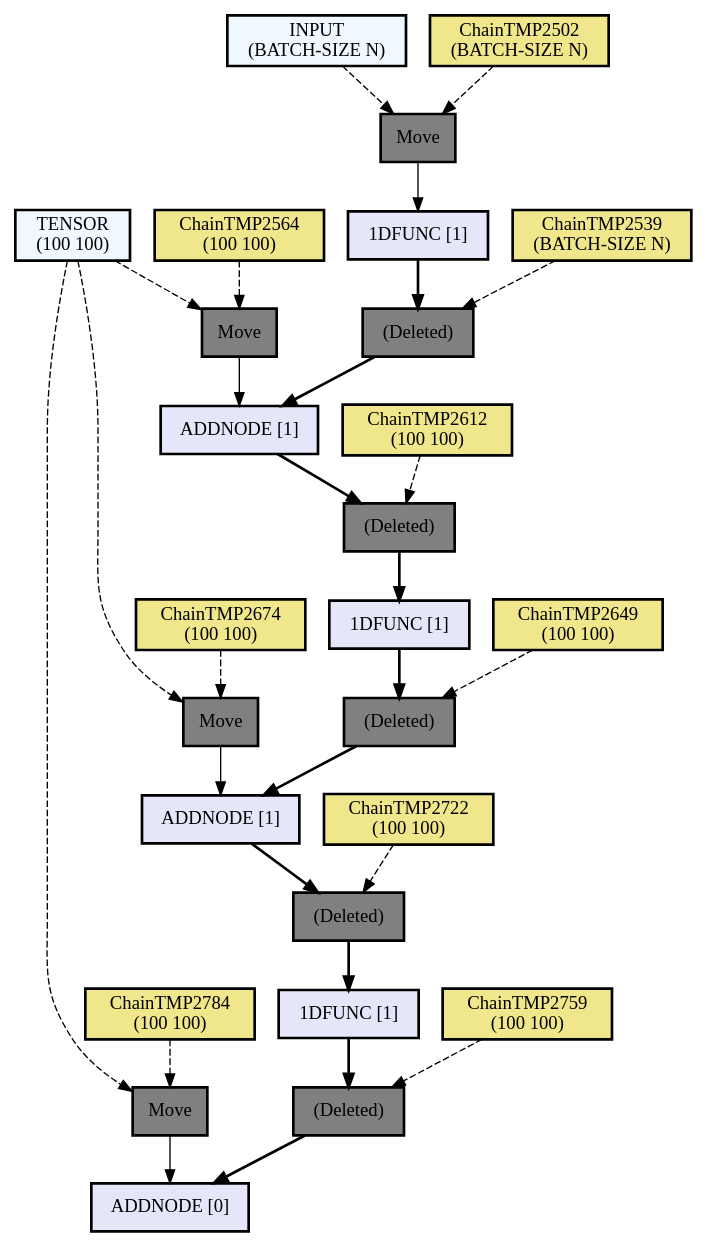
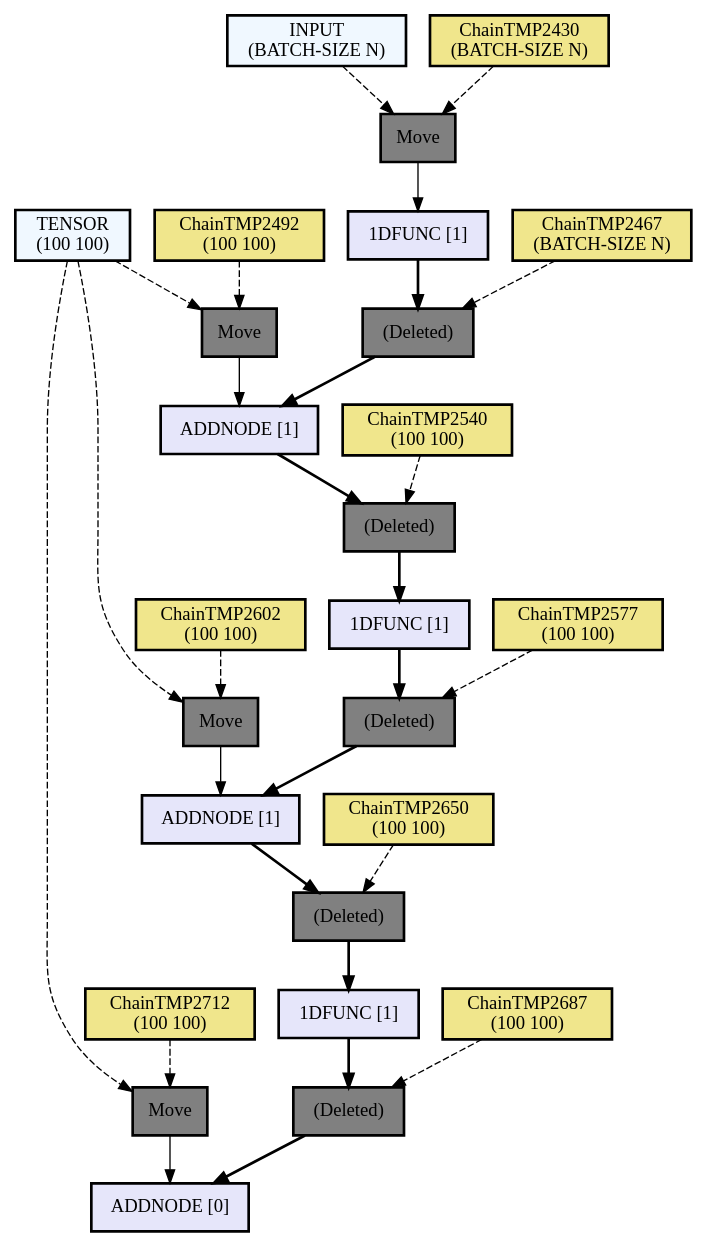
One commit to hikettei/cl-waffe2 changed the diagram in assets/out1.dot. Above: the diagram before and after it, drawn with Graphviz. The commit also changed 3 other files, not shown here.

```diff
--- a/assets/out1.dot
+++ b/assets/out1.dot
@@ -1,71 +1,71 @@
 digraph computation_node {
   node[shape="box" style="filled" color="black" penwidth="2"];
   TENSOR [label = "TENSOR
 (100 100)" fillcolor="#f0f8ff" style="filled, solid"];
-  ChainTMP2784 [label = "ChainTMP2784
+  ChainTMP2712 [label = "ChainTMP2712
 (100 100)" fillcolor="#f0e68c" style="filled, solid"];
-  NODE2898 [label = "Move" fillcolor="gray" style="filled, solid"];
+  NODE2826 [label = "Move" fillcolor="gray" style="filled, solid"];
   TENSOR [label = "TENSOR
 (100 100)" fillcolor="#f0f8ff" style="filled, solid"];
-  ChainTMP2674 [label = "ChainTMP2674
+  ChainTMP2602 [label = "ChainTMP2602
 (100 100)" fillcolor="#f0e68c" style="filled, solid"];
-  NODE2895 [label = "Move" fillcolor="gray" style="filled, solid"];
+  NODE2823 [label = "Move" fillcolor="gray" style="filled, solid"];
   TENSOR [label = "TENSOR
 (100 100)" fillcolor="#f0f8ff" style="filled, solid"];
-  ChainTMP2564 [label = "ChainTMP2564
+  ChainTMP2492 [label = "ChainTMP2492
 (100 100)" fillcolor="#f0e68c" style="filled, solid"];
-  NODE2892 [label = "Move" fillcolor="gray" style="filled, solid"];
+  NODE2820 [label = "Move" fillcolor="gray" style="filled, solid"];
   INPUT [label = "INPUT
 (BATCH-SIZE N)" fillcolor="#f0f8ff" style="filled, solid"];
-  ChainTMP2502 [label = "ChainTMP2502
+  ChainTMP2430 [label = "ChainTMP2430
 (BATCH-SIZE N)" fillcolor="#f0e68c" style="filled, solid"];
-  NODE2889 [label = "Move" fillcolor="gray" style="filled, solid"];
-  NODE2888 [label = "1DFUNC [1]" fillcolor="#e6e6fa" style="filled, solid"];
-  ChainTMP2539 [label = "ChainTMP2539
+  NODE2817 [label = "Move" fillcolor="gray" style="filled, solid"];
+  NODE2816 [label = "1DFUNC [1]" fillcolor="#e6e6fa" style="filled, solid"];
+  ChainTMP2467 [label = "ChainTMP2467
 (BATCH-SIZE N)" fillcolor="#f0e68c" style="filled, solid"];
-  NODE2886 [label = "(Deleted)" fillcolor="gray" style="filled, solid"];
-  NODE2885 [label = "ADDNODE [1]" fillcolor="#e6e6fa" style="filled, solid"];
-  ChainTMP2612 [label = "ChainTMP2612
+  NODE2814 [label = "(Deleted)" fillcolor="gray" style="filled, solid"];
+  NODE2813 [label = "ADDNODE [1]" fillcolor="#e6e6fa" style="filled, solid"];
+  ChainTMP2540 [label = "ChainTMP2540
 (100 100)" fillcolor="#f0e68c" style="filled, solid"];
-  NODE2883 [label = "(Deleted)" fillcolor="gray" style="filled, solid"];
-  NODE2882 [label = "1DFUNC [1]" fillcolor="#e6e6fa" style="filled, solid"];
-  ChainTMP2649 [label = "ChainTMP2649
+  NODE2811 [label = "(Deleted)" fillcolor="gray" style="filled, solid"];
+  NODE2810 [label = "1DFUNC [1]" fillcolor="#e6e6fa" style="filled, solid"];
+  ChainTMP2577 [label = "ChainTMP2577
 (100 100)" fillcolor="#f0e68c" style="filled, solid"];
-  NODE2880 [label = "(Deleted)" fillcolor="gray" style="filled, solid"];
-  NODE2879 [label = "ADDNODE [1]" fillcolor="#e6e6fa" style="filled, solid"];
-  ChainTMP2722 [label = "ChainTMP2722
+  NODE2808 [label = "(Deleted)" fillcolor="gray" style="filled, solid"];
+  NODE2807 [label = "ADDNODE [1]" fillcolor="#e6e6fa" style="filled, solid"];
+  ChainTMP2650 [label = "ChainTMP2650
 (100 100)" fillcolor="#f0e68c" style="filled, solid"];
-  NODE2877 [label = "(Deleted)" fillcolor="gray" style="filled, solid"];
-  NODE2876 [label = "1DFUNC [1]" fillcolor="#e6e6fa" style="filled, solid"];
-  ChainTMP2759 [label = "ChainTMP2759
+  NODE2805 [label = "(Deleted)" fillcolor="gray" style="filled, solid"];
+  NODE2804 [label = "1DFUNC [1]" fillcolor="#e6e6fa" style="filled, solid"];
+  ChainTMP2687 [label = "ChainTMP2687
 (100 100)" fillcolor="#f0e68c" style="filled, solid"];
-  NODE2874 [label = "(Deleted)" fillcolor="gray" style="filled, solid"];
-  NODE2873 [label = "ADDNODE [0]" fillcolor="#e6e6fa" style="filled, solid"];
-  NODE2874 -> NODE2873[penwidth="2"];
-  ChainTMP2759 -> NODE2874[style="dashed"];
-  NODE2876 -> NODE2874[penwidth="2"];
-  NODE2877 -> NODE2876[penwidth="2"];
-  ChainTMP2722 -> NODE2877[style="dashed"];
-  NODE2879 -> NODE2877[penwidth="2"];
-  NODE2880 -> NODE2879[penwidth="2"];
-  ChainTMP2649 -> NODE2880[style="dashed"];
-  NODE2882 -> NODE2880[penwidth="2"];
-  NODE2883 -> NODE2882[penwidth="2"];
-  ChainTMP2612 -> NODE2883[style="dashed"];
-  NODE2885 -> NODE2883[penwidth="2"];
-  NODE2886 -> NODE2885[penwidth="2"];
-  ChainTMP2539 -> NODE2886[style="dashed"];
-  NODE2888 -> NODE2886[penwidth="2"];
-  NODE2889 -> NODE2888[weight=10];
-  ChainTMP2502 -> NODE2889[style="dashed"];
-  INPUT -> NODE2889[style="dashed"];
-  NODE2892 -> NODE2885[weight=10];
-  ChainTMP2564 -> NODE2892[style="dashed"];
-  TENSOR -> NODE2892[style="dashed"];
-  NODE2895 -> NODE2879[weight=10];
-  ChainTMP2674 -> NODE2895[style="dashed"];
-  TENSOR -> NODE2895[style="dashed"];
-  NODE2898 -> NODE2873[weight=10];
-  ChainTMP2784 -> NODE2898[style="dashed"];
-  TENSOR -> NODE2898[style="dashed"];
+  NODE2802 [label = "(Deleted)" fillcolor="gray" style="filled, solid"];
+  NODE2801 [label = "ADDNODE [0]" fillcolor="#e6e6fa" style="filled, solid"];
+  NODE2802 -> NODE2801[penwidth="2"];
+  ChainTMP2687 -> NODE2802[style="dashed"];
+  NODE2804 -> NODE2802[penwidth="2"];
+  NODE2805 -> NODE2804[penwidth="2"];
+  ChainTMP2650 -> NODE2805[style="dashed"];
+  NODE2807 -> NODE2805[penwidth="2"];
+  NODE2808 -> NODE2807[penwidth="2"];
+  ChainTMP2577 -> NODE2808[style="dashed"];
+  NODE2810 -> NODE2808[penwidth="2"];
+  NODE2811 -> NODE2810[penwidth="2"];
+  ChainTMP2540 -> NODE2811[style="dashed"];
+  NODE2813 -> NODE2811[penwidth="2"];
+  NODE2814 -> NODE2813[penwidth="2"];
+  ChainTMP2467 -> NODE2814[style="dashed"];
+  NODE2816 -> NODE2814[penwidth="2"];
+  NODE2817 -> NODE2816[weight=10];
+  ChainTMP2430 -> NODE2817[style="dashed"];
+  INPUT -> NODE2817[style="dashed"];
+  NODE2820 -> NODE2813[weight=10];
+  ChainTMP2492 -> NODE2820[style="dashed"];
+  TENSOR -> NODE2820[style="dashed"];
+  NODE2823 -> NODE2807[weight=10];
+  ChainTMP2602 -> NODE2823[style="dashed"];
+  TENSOR -> NODE2823[style="dashed"];
+  NODE2826 -> NODE2801[weight=10];
+  ChainTMP2712 -> NODE2826[style="dashed"];
+  TENSOR -> NODE2826[style="dashed"];
 }
```
